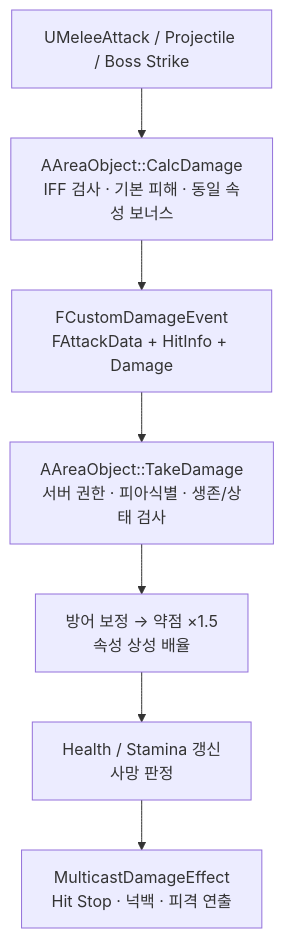
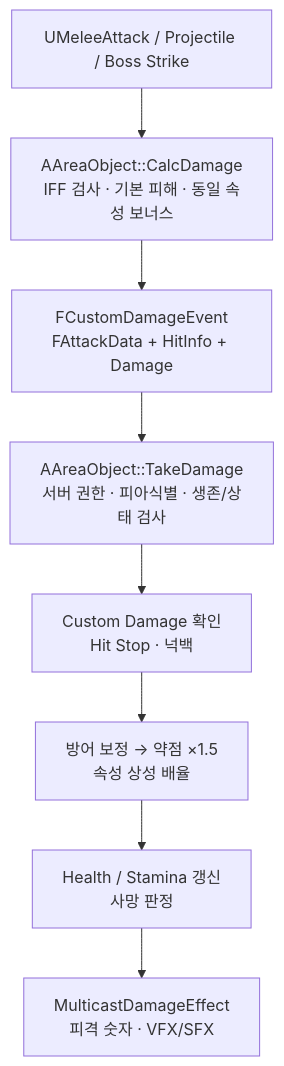
Before and after one commit to chungheonLee0325/Sonheim: the third of 3 diagrams in Doc/Wiki/05_Combat_Skill_Animation.md, drawn with Mermaid.

Commit message:
docs: match damage flow diagram to hit-stop and knockback order

```diff
--- a/Doc/Wiki/05_Combat_Skill_Animation.md
+++ b/Doc/Wiki/05_Combat_Skill_Animation.md
@@ -350,9 +350,10 @@
 ~~~mermaid
 flowchart TB
     HIT["UMeleeAttack / Projectile / Boss Strike"] --> CALC["AAreaObject::CalcDamage<br/>IFF 검사 · 기본 피해 · 동일 속성 보너스"]
     CALC --> EVENT["FCustomDamageEvent<br/>FAttackData + HitInfo + Damage"]
     EVENT --> TARGET["AAreaObject::TakeDamage<br/>서버 권한 · 피아식별 · 생존/상태 검사"]
-    TARGET --> MITIGATE["방어 보정 → 약점 ×1.5<br/>속성 상성 배율"]
+    TARGET --> REACTION["Custom Damage 확인<br/>Hit Stop · 넉백"]
+    REACTION --> MITIGATE["방어 보정 → 약점 ×1.5<br/>속성 상성 배율"]
     MITIGATE --> HP["Health / Stamina 갱신<br/>사망 판정"]
-    HP --> FEEDBACK["MulticastDamageEffect<br/>Hit Stop · 넉백 · 피격 연출"]
+    HP --> FEEDBACK["MulticastDamageEffect<br/>피격 숫자 · VFX/SFX"]
 ~~~
```
